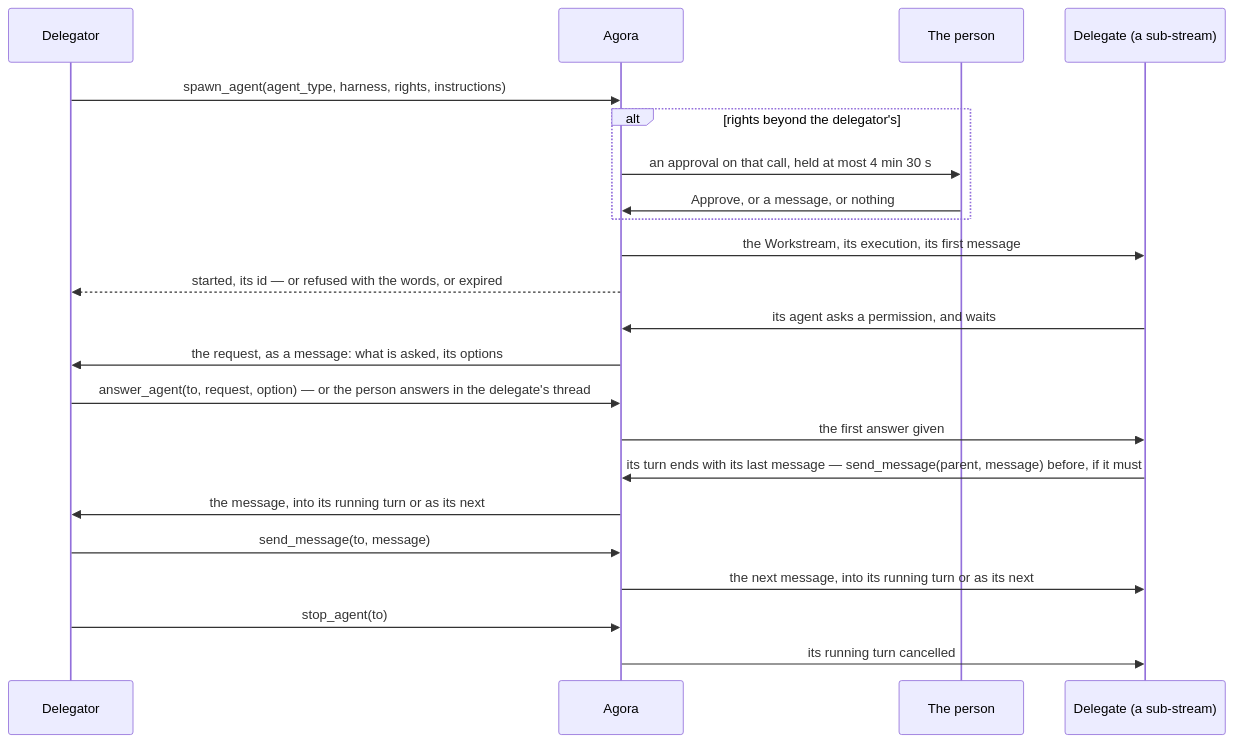
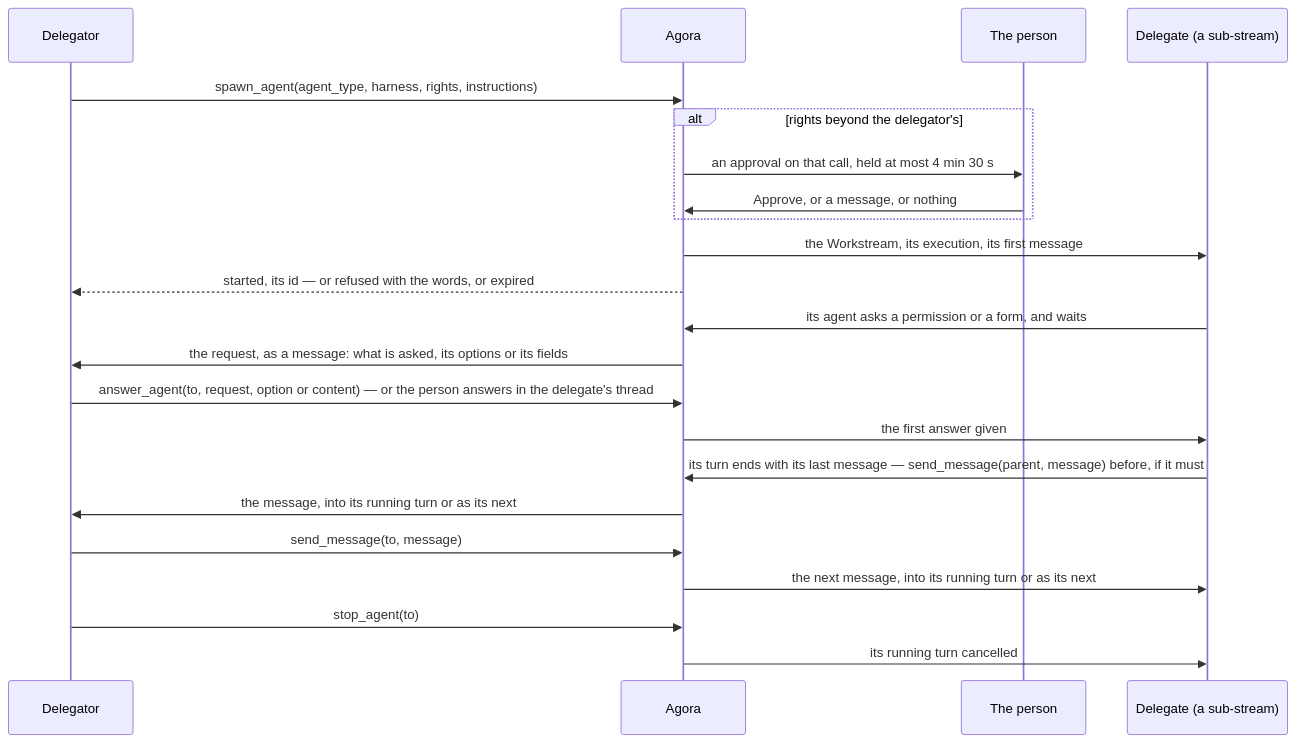
The diagram in docs/specs/delegation.md (arnaultbretagne/agora), drawn with Mermaid before and after one commit. The commit also changed other lines of this file and 9 other files, not shown here.

Commit message:
docs: forms — a form an agent asks is a request; how Agora shows it, answers it, declines it, tells a delegator of it

````diff
--- a/docs/specs/delegation.md
+++ b/docs/specs/delegation.md
@@ -16,24 +16,24 @@
 ```mermaid
 sequenceDiagram
   participant C as Delegator
   participant A as Agora
   participant P as The person
   participant D as Delegate (a sub-stream)
   C->>A: spawn_agent(agent_type, harness, rights, instructions)
   alt rights beyond the delegator's
     A->>P: an approval on that call, held at most 4 min 30 s
     P->>A: Approve, or a message, or nothing
   end
   A->>D: the Workstream, its execution, its first message
   A-->>C: started, its id — or refused with the words, or expired
-  D->>A: its agent asks a permission, and waits
-  A->>C: the request, as a message: what is asked, its options
-  C->>A: answer_agent(to, request, option) — or the person answers in the delegate's thread
+  D->>A: its agent asks a permission or a form, and waits
+  A->>C: the request, as a message: what is asked, its options or its fields
+  C->>A: answer_agent(to, request, option or content) — or the person answers in the delegate's thread
   A->>D: the first answer given
   D->>A: its turn ends with its last message — send_message(parent, message) before, if it must
   A->>C: the message, into its running turn or as its next
   C->>A: send_message(to, message)
   A->>D: the next message, into its running turn or as its next
   C->>A: stop_agent(to)
   A->>D: its running turn cancelled
 ```
````
